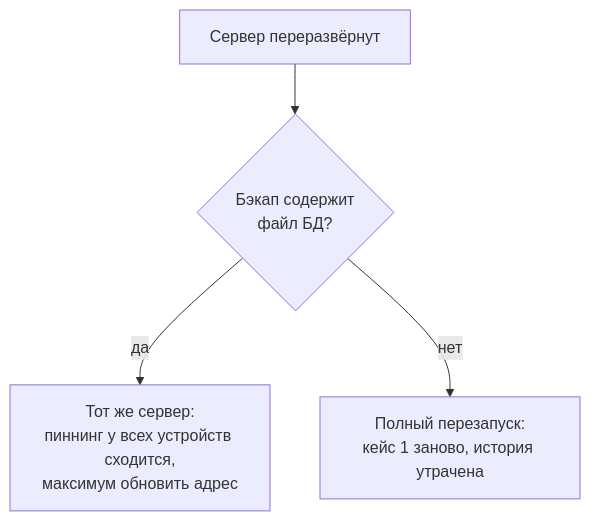
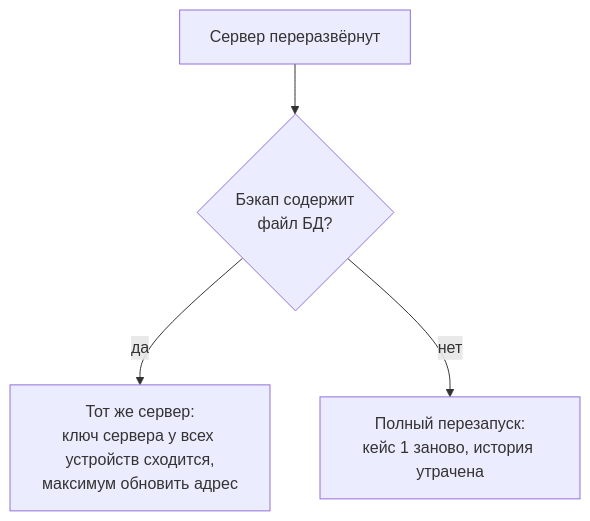
One commit to cyphernet-labs/nox-app changed the sixth of 6 diagrams in docs/client-backend/architecture/authentication.md. Above: the diagram before and after it, drawn with Mermaid. The commit also changed other lines of this file and 5 other files, not shown here.

````diff
--- a/docs/client-backend/architecture/authentication.md
+++ b/docs/client-backend/architecture/authentication.md
@@ -181,6 +182,6 @@
 ```mermaid
 flowchart TB
   A["Сервер переразвёрнут"] --> B{"Бэкап содержит<br/>файл БД?"}
-  B -->|"да"| C["Тот же сервер:<br/>пиннинг у всех устройств сходится,<br/>максимум обновить адрес"]
+  B -->|"да"| C["Тот же сервер:<br/>ключ сервера у всех устройств сходится,<br/>максимум обновить адрес"]
   B -->|"нет"| E["Полный перезапуск:<br/>кейс 1 заново, история утрачена"]
 ```
````
